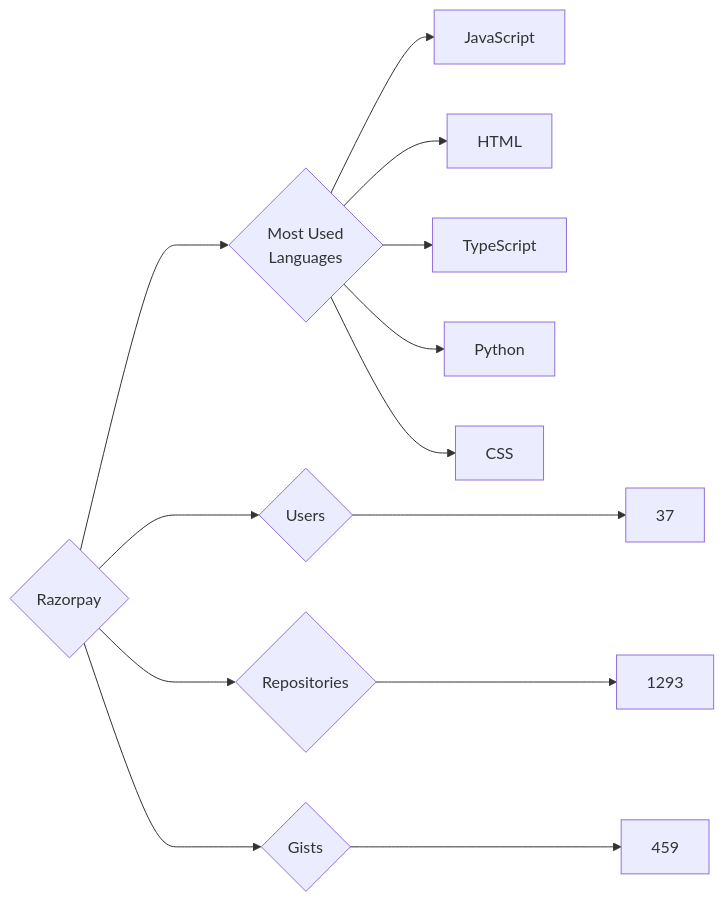
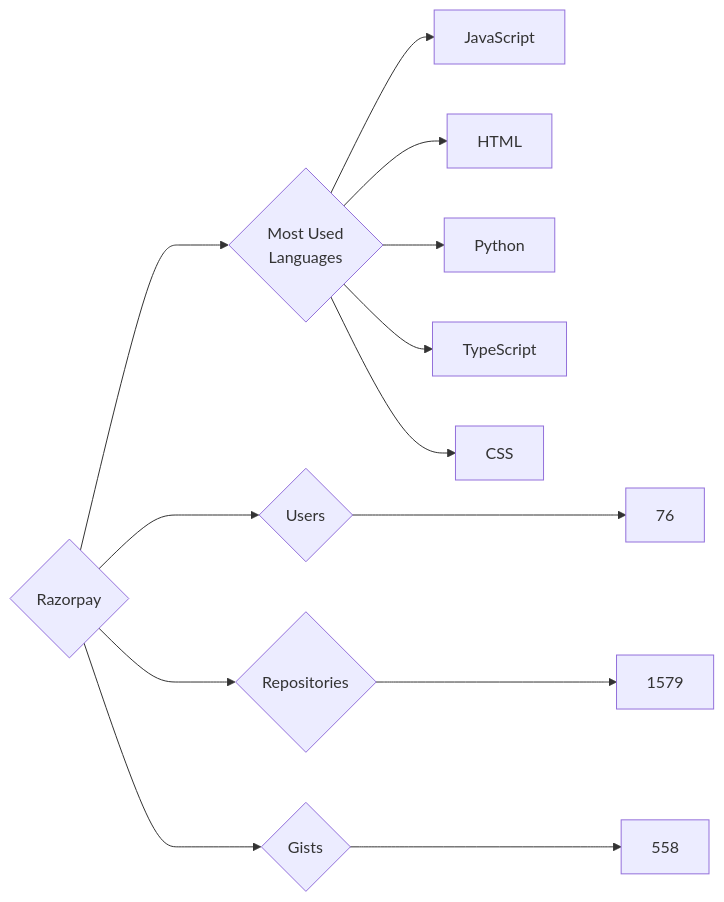
The diagram in targets/Razorpay/README.md (trickest/insiders), drawn with Mermaid before and after one commit. The commit also changed 871 other files, not shown here.

````diff
--- a/targets/Razorpay/README.md
+++ b/targets/Razorpay/README.md
@@ -3,13 +3,13 @@
 ```mermaid
 graph LR
 COMPANY_NAME{Razorpay}
-COMPANY_NAME ---> U{Users} ---> UN[37]
-COMPANY_NAME ---> R{Repositories} ---> RN[1293]
-COMPANY_NAME ---> G{Gists} ---> GN[459]
+COMPANY_NAME ---> U{Users} ---> UN[76]
+COMPANY_NAME ---> R{Repositories} ---> RN[1579]
+COMPANY_NAME ---> G{Gists} ---> GN[558]
 COMPANY_NAME ---> ML{Most Used<br>Languages}
 ML --> JavaScript[JavaScript]
 ML --> HTML[HTML]
+ML --> Python[Python]
 ML --> TypeScript[TypeScript]
-ML --> Python[Python]
 ML --> CSS[CSS]
 ```
````
